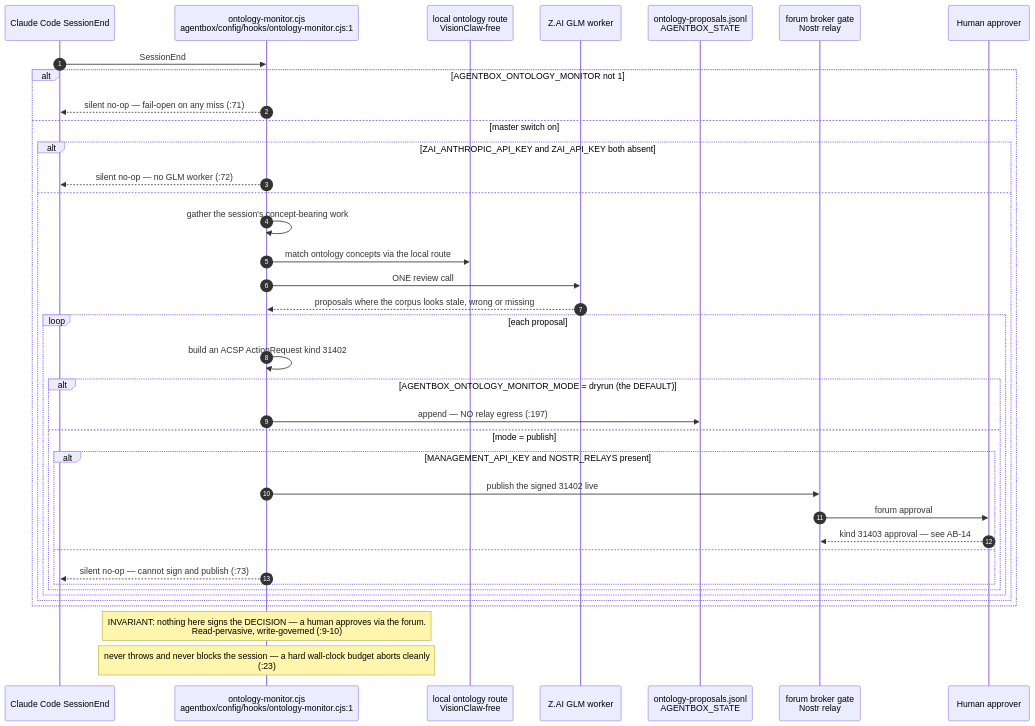
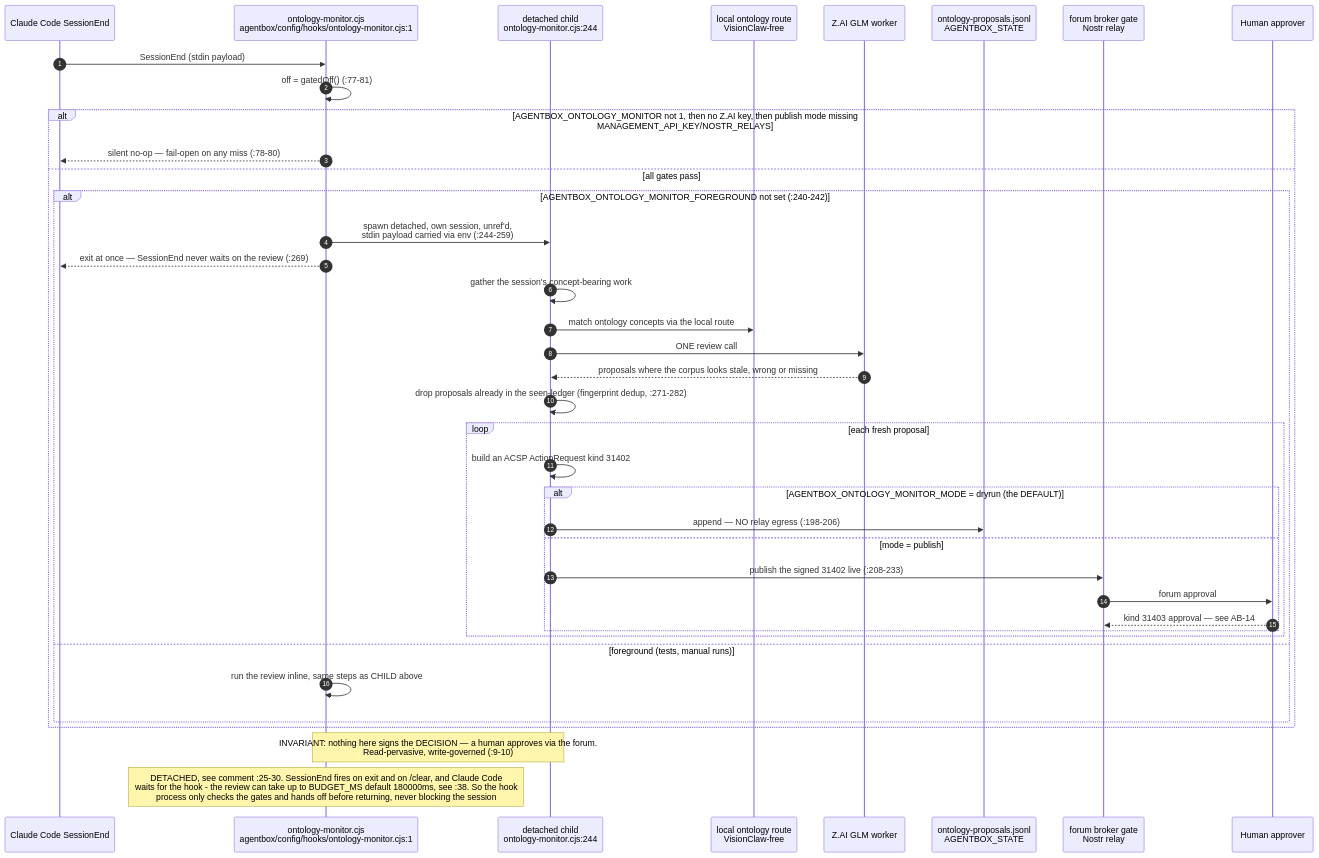
Before and after one commit to DreamLab-AI/VisionFlow: the second of 5 diagrams in docs/diagrams/agentbox/25-ontology-tools-and-governed-writes.md, drawn with Mermaid. The commit also changed other lines of this file and 136 other files, not shown here.

First line of the commit message:
docs(diagrams): refresh the whole corpus to code HEAD and prune low-value diagrams

````diff
--- a/docs/diagrams/agentbox/25-ontology-tools-and-governed-writes.md
+++ b/docs/diagrams/agentbox/25-ontology-tools-and-governed-writes.md
@@ -345,41 +74,42 @@
 ```mermaid
 sequenceDiagram
     autonumber
     participant CC as Claude Code SessionEnd
     participant MON as ontology-monitor.cjs<br/>agentbox/config/hooks/ontology-monitor.cjs:1
+    participant CHILD as detached child<br/>ontology-monitor.cjs:244
     participant LOC as local ontology route<br/>VisionClaw-free
     participant ZAI as Z.AI GLM worker
     participant JSONL as ontology-proposals.jsonl<br/>AGENTBOX_STATE
     participant RELAY as forum broker gate<br/>Nostr relay
     participant H as Human approver
 
-    CC->>MON: SessionEnd
-    alt AGENTBOX_ONTOLOGY_MONITOR not 1
-        MON-->>CC: silent no-op — fail-open on any miss (:71)
-    else master switch on
-        alt ZAI_ANTHROPIC_API_KEY and ZAI_API_KEY both absent
-            MON-->>CC: silent no-op — no GLM worker (:72)
-        else
-            MON->>MON: gather the session's concept-bearing work
-            MON->>LOC: match ontology concepts via the local route
-            MON->>ZAI: ONE review call
-            ZAI-->>MON: proposals where the corpus looks stale, wrong or missing
-            loop each proposal
-                MON->>MON: build an ACSP ActionRequest kind 31402
+    CC->>MON: SessionEnd (stdin payload)
+    MON->>MON: off = gatedOff() (:77-81)
+    alt AGENTBOX_ONTOLOGY_MONITOR not 1, then no Z.AI key, then publish mode missing<br/>MANAGEMENT_API_KEY/NOSTR_RELAYS
+        MON-->>CC: silent no-op — fail-open on any miss (:78-80)
+    else all gates pass
+        alt AGENTBOX_ONTOLOGY_MONITOR_FOREGROUND not set (:240-242)
+            MON->>CHILD: spawn detached, own session, unref'd,<br/>stdin payload carried via env (:244-259)
+            MON-->>CC: exit at once — SessionEnd never waits on the review (:269)
+            CHILD->>CHILD: gather the session's concept-bearing work
+            CHILD->>LOC: match ontology concepts via the local route
+            CHILD->>ZAI: ONE review call
+            ZAI-->>CHILD: proposals where the corpus looks stale, wrong or missing
+            CHILD->>CHILD: drop proposals already in the seen-ledger (fingerprint dedup, :271-282)
+            loop each fresh proposal
+                CHILD->>CHILD: build an ACSP ActionRequest kind 31402
                 alt AGENTBOX_ONTOLOGY_MONITOR_MODE = dryrun (the DEFAULT)
-                    MON->>JSONL: append — NO relay egress (:197)
+                    CHILD->>JSONL: append — NO relay egress (:198-206)
                 else mode = publish
-                    alt MANAGEMENT_API_KEY and NOSTR_RELAYS present
-                        MON->>RELAY: publish the signed 31402 live
-                        RELAY->>H: forum approval
-                        H-->>RELAY: kind 31403 approval — see AB-14
-                    else
-                        MON-->>CC: silent no-op — cannot sign and publish (:73)
-                    end
+                    CHILD->>RELAY: publish the signed 31402 live (:208-233)
+                    RELAY->>H: forum approval
+                    H-->>RELAY: kind 31403 approval — see AB-14
                 end
             end
+        else foreground (tests, manual runs)
+            MON->>MON: run the review inline, same steps as CHILD above
         end
     end
-    Note over MON: INVARIANT: nothing here signs the DECISION — a human approves via the forum.<br/>Read-pervasive, write-governed (:9-10)
-    Note over MON: never throws and never blocks the session — a hard wall-clock budget aborts cleanly<br/>(:23)
+    Note over MON,CHILD: INVARIANT: nothing here signs the DECISION — a human approves via the forum.<br/>Read-pervasive, write-governed (:9-10)
+    Note over MON: DETACHED, see comment :25-30. SessionEnd fires on exit and on /clear, and Claude Code<br/>waits for the hook - the review can take up to BUDGET_MS default 180000ms, see :38. So the hook<br/>process only checks the gates and hands off before returning, never blocking the session
 ```
````
